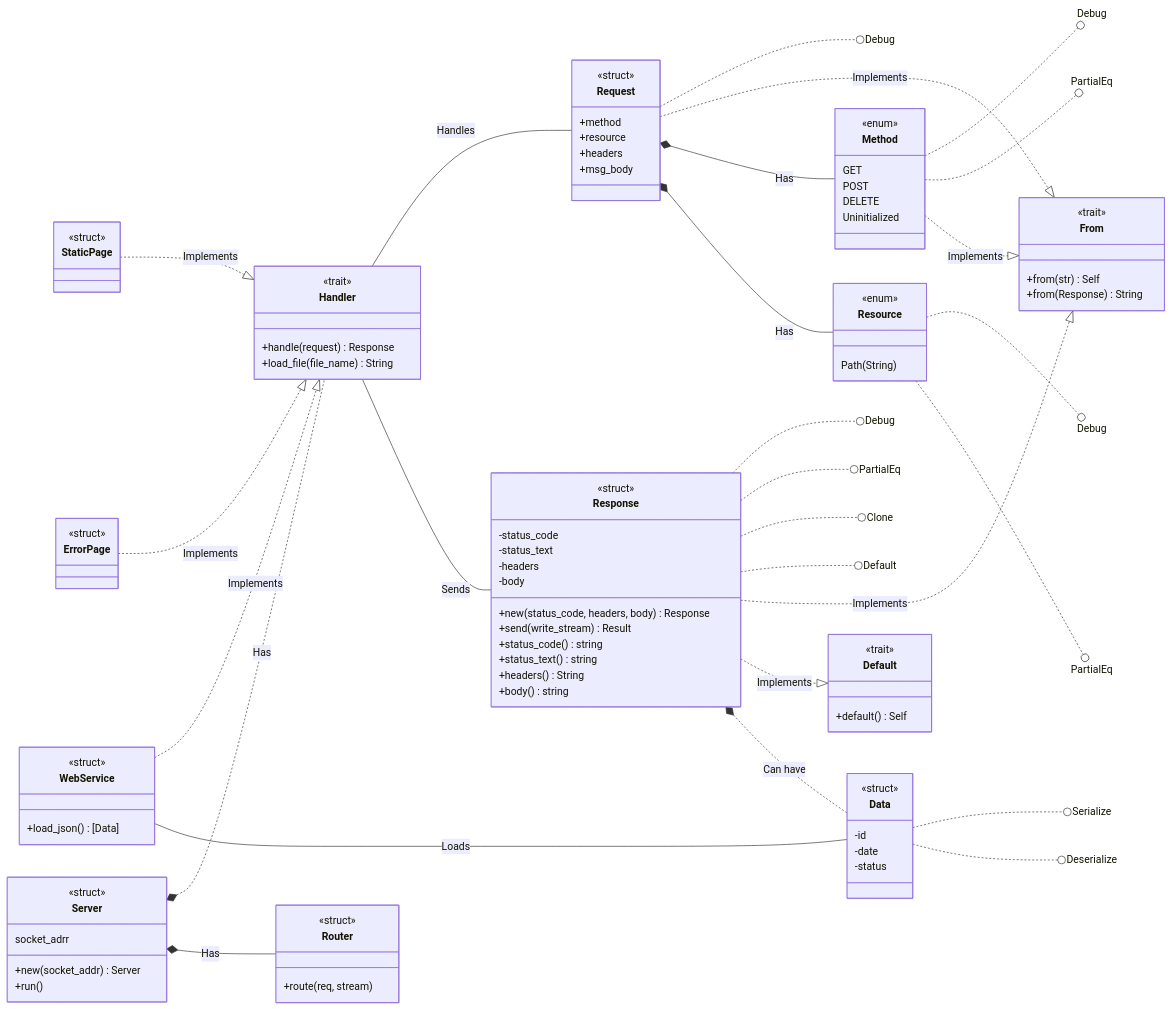
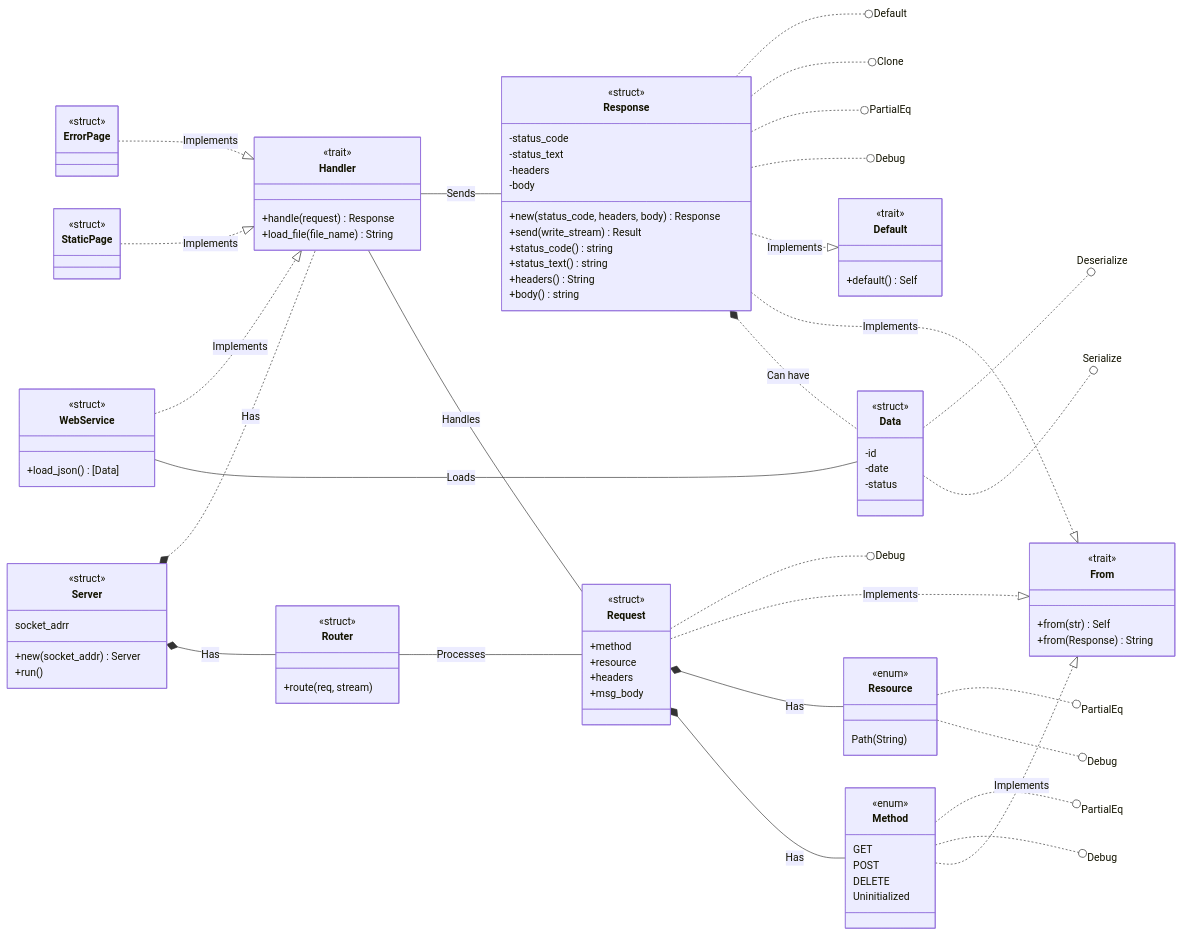
Before and after one commit to 8lkc/localhost: the first of 2 diagrams in README.md, drawn with Mermaid.

Commit message:
Class Diagram...

````diff
--- a/README.md
+++ b/README.md
@@ -122,6 +122,24 @@
 ```mermaid
 classDiagram
 direction LR
+
+class Server {
+  <<struct>>
+  socket_adrr
+  +new(socket_addr) Server
+  +run()
+}
+
+class Router {
+  <<struct>>
+  +route(req, stream) 
+}
+
+class Handler {
+  <<trait>>
+  +handle(request) Response
+  +load_file(file_name) String
+}
 
 class From {
   <<trait>>
@@ -134,69 +152,6 @@
   +default() Self
 }
 
-class Handler {
-  <<trait>>
-  +handle(request) Response
-  +load_file(file_name) String
-}
-
-class Data {
-  <<struct>>
-  -id
-  -date
-  -status
-}
-
-Data ..() Serialize
-Data ..() Deserialize
-
-class StaticPage
-<<struct>> StaticPage
-StaticPage ..|> Handler: Implements
-
-class ErrorPage
-<<struct>> ErrorPage
-ErrorPage ..|> Handler: Implements
-
-class WebService {
-  <<struct>>
-  +load_json() [Data]
-}
-
-WebService ..|> Handler: Implements
-
-class Router {
-  <<struct>>
-  +route(req, stream) 
-}
-
-class Server {
-  <<struct>>
-  socket_adrr
-  +new(socket_addr) Server
-  +run()
-}
-
-class Method {
-  <<enum>>
-  GET
-  POST
-  DELETE
-  Uninitialized
-}
-
-Method ..() Debug
-Method ..() PartialEq
-Method ..|> From: Implements
-
-class Resource {
-  <<enum>>
-  Path(String)
-}
-
-Resource ..() Debug
-Resource ..() PartialEq
-
 class Request {
   <<struct>>
   +method
@@ -204,9 +159,6 @@
   +headers
   +msg_body
 }
-
-Request ..() Debug
-Request ..|> From: Implements
 
 class Response {
   <<struct>>
@@ -222,19 +174,64 @@
   +body() string
 }
 
+class Data {
+  <<struct>>
+  -id
+  -date
+  -status
+}
+
+class StaticPage
+<<struct>> StaticPage
+
+class ErrorPage
+<<struct>> ErrorPage
+
+class WebService {
+  <<struct>>
+  +load_json() [Data]
+}
+
+class Method {
+  <<enum>>
+  GET
+  POST
+  DELETE
+  Uninitialized
+}
+
+class Resource {
+  <<enum>>
+  Path(String)
+}
+
+Server *-- Router: Has
+Server *.. Handler: Has
+Router -- Request: Processes
+Handler -- Request: Handles
+Handler -- Response: Sends
+Request *-- Method: Has
+Request *-- Resource: Has
+Response *.. Data: Can have
+WebService -- Data: Loads
+
+StaticPage ..|> Handler: Implements
+ErrorPage ..|> Handler: Implements
+WebService ..|> Handler: Implements
+Request ..|> From: Implements
+Response ..|> From: Implements
+Response ..|> Default: Implements
+Method ..|> From: Implements
+
+Request ..() Debug
 Response ..() Debug
 Response ..() PartialEq
 Response ..() Clone
 Response ..() Default
-Response ..|> From: Implements
-Response ..|> Default: Implements
-
-Server *.. Handler: Has
-Server *-- Router: Has
-Handler -- Request: Handles
-Handler -- Response: Sends
-Response *.. Data: Can have
-WebService -- Data: Loads
-Request *-- Method: Has
-Request *-- Resource: Has
+Method ..() Debug
+Method ..() PartialEq
+Resource ..() Debug
+Resource ..() PartialEq
+Data ..() Serialize
+Data ..() Deserialize
 ```
````
